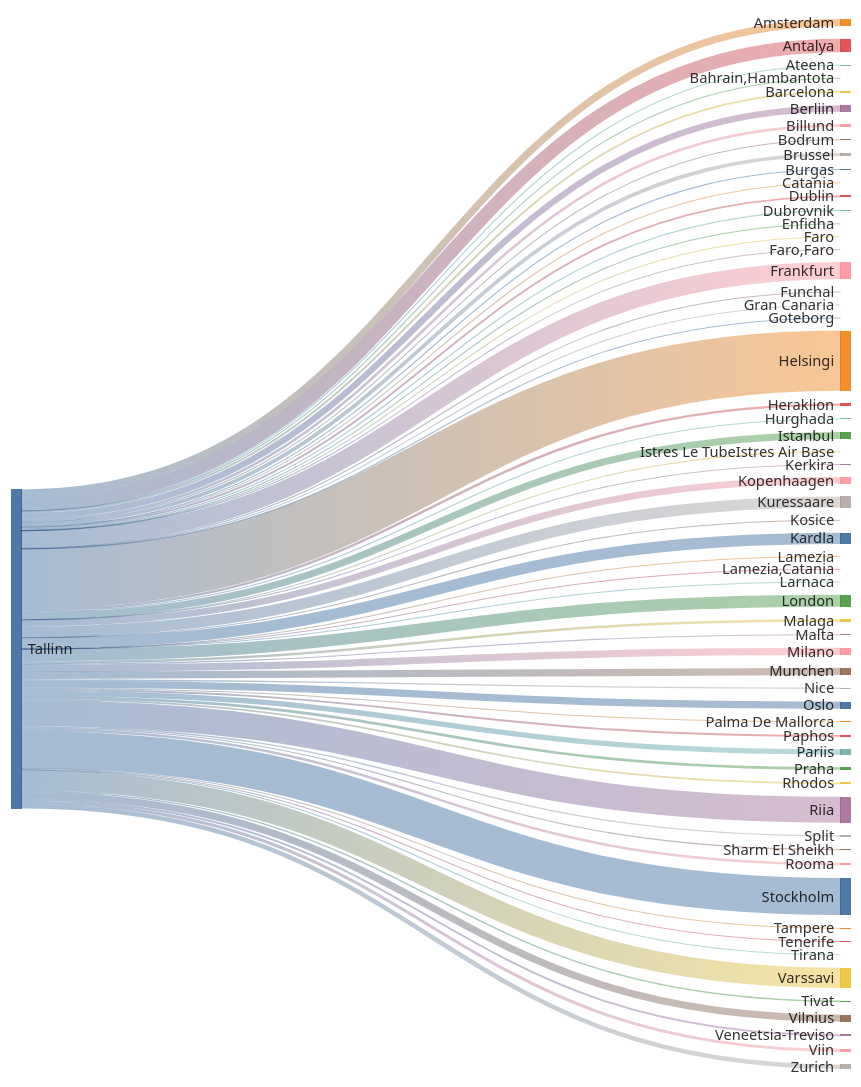
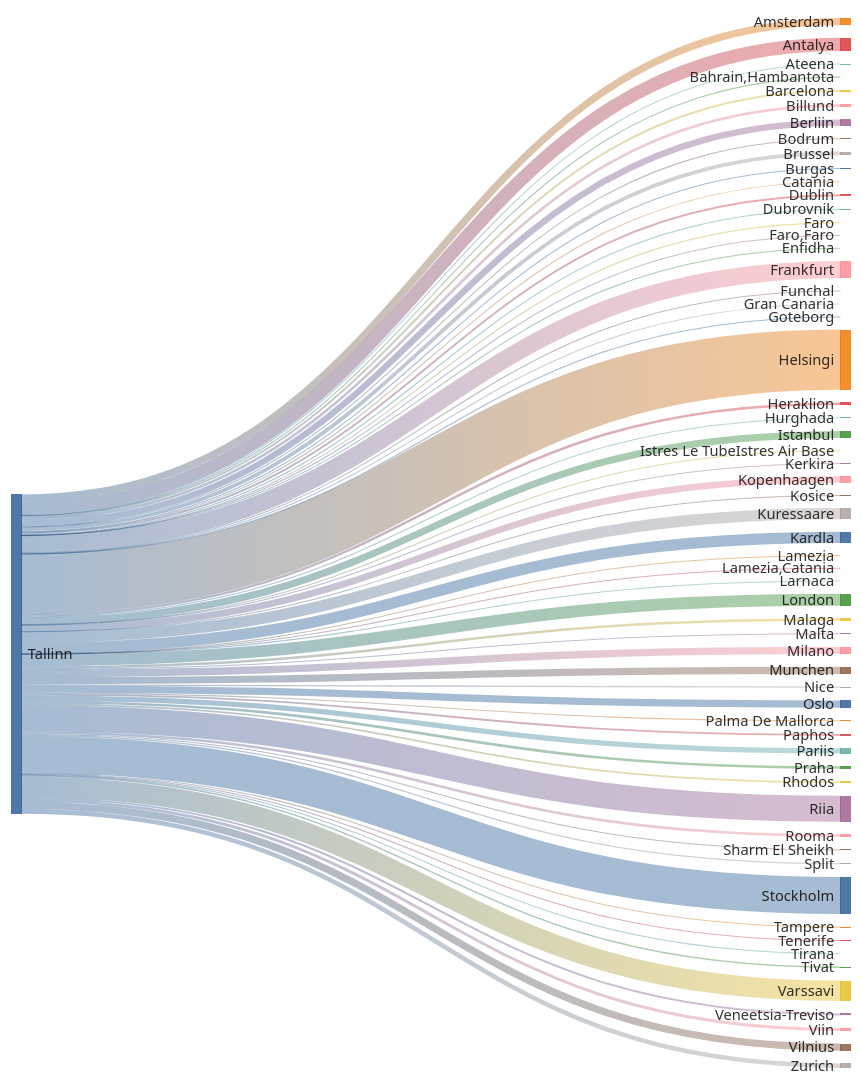
The second of 2 diagrams in README.md (rainermesi/tll-airport-departures), drawn with Mermaid before and after one commit. The commit also changed other lines of this file, not shown here.

````diff
--- a/README.md
+++ b/README.md
@@ -34,72 +34,72 @@
 ```mermaid
 ---
 config:
   sankey:
     showValues: false
     width: 800
     height: 1000
 ---
 sankey-beta
 %% source,target,value
-Tallinn,Amsterdam,136
+Tallinn,Amsterdam,137
 Tallinn,Antalya,249
 Tallinn,Ateena,16
 Tallinn,"Bahrain,Hambantota",1
-Tallinn,Barcelona,35
-Tallinn,Berliin,118
+Tallinn,Barcelona,36
+Tallinn,Berliin,119
 Tallinn,Billund,49
 Tallinn,Bodrum,11
-Tallinn,Brussel,69
+Tallinn,Brussel,70
 Tallinn,Burgas,21
 Tallinn,Catania,2
 Tallinn,Dublin,35
 Tallinn,Dubrovnik,21
 Tallinn,Enfidha,7
 Tallinn,Faro,4
 Tallinn,"Faro,Faro",1
-Tallinn,Frankfurt,324
+Tallinn,Frankfurt,327
 Tallinn,Funchal,5
-Tallinn,Gran Canaria,10
+Tallinn,Gran Canaria,11
 Tallinn,Goteborg,1
-Tallinn,Helsingi,1125
+Tallinn,Helsingi,1134
 Tallinn,Heraklion,46
 Tallinn,Hurghada,17
-Tallinn,Istanbul,131
+Tallinn,Istanbul,133
 Tallinn,Istres Le TubeIstres Air Base,2
 Tallinn,Kerkira,4
-Tallinn,Kopenhaagen,125
+Tallinn,Kopenhaagen,126
 Tallinn,Kosice,1
-Tallinn,Kuressaare,208
-Tallinn,Kardla,208
+Tallinn,Kuressaare,209
+Tallinn,Kardla,209
 Tallinn,Lamezia,1
 Tallinn,"Lamezia,Catania",3
 Tallinn,Larnaca,4
-Tallinn,London,223
+Tallinn,London,225
 Tallinn,Malaga,47
 Tallinn,Malta,15
-Tallinn,Milano,137
+Tallinn,Milano,138
 Tallinn,Munchen,136
 Tallinn,Nice,25
-Tallinn,Oslo,134
+Tallinn,Oslo,136
 Tallinn,Palma De Mallorca,19
 Tallinn,Paphos,34
-Tallinn,Pariis,99
+Tallinn,Pariis,100
 Tallinn,Praha,49
 Tallinn,Rhodos,32
-Tallinn,Riia,485
-Tallinn,Rooma,47
-Tallinn,Sharm El Sheikh,18
+Tallinn,Riia,489
+Tallinn,Rooma,48
+Tallinn,Sharm El Sheikh,19
 Tallinn,Split,25
-Tallinn,Stockholm,695
+Tallinn,Stockholm,699
 Tallinn,Tampere,17
 Tallinn,Tenerife,15
 Tallinn,Tirana,8
 Tallinn,Tivat,26
-Tallinn,Varssavi,379
-Tallinn,Veneetsia-Treviso,35
+Tallinn,Varssavi,382
+Tallinn,Veneetsia-Treviso,36
 Tallinn,Viin,56
-Tallinn,Vilnius,135
-Tallinn,Zurich,85
+Tallinn,Vilnius,136
+Tallinn,Zurich,86
 
 
 ```
````
